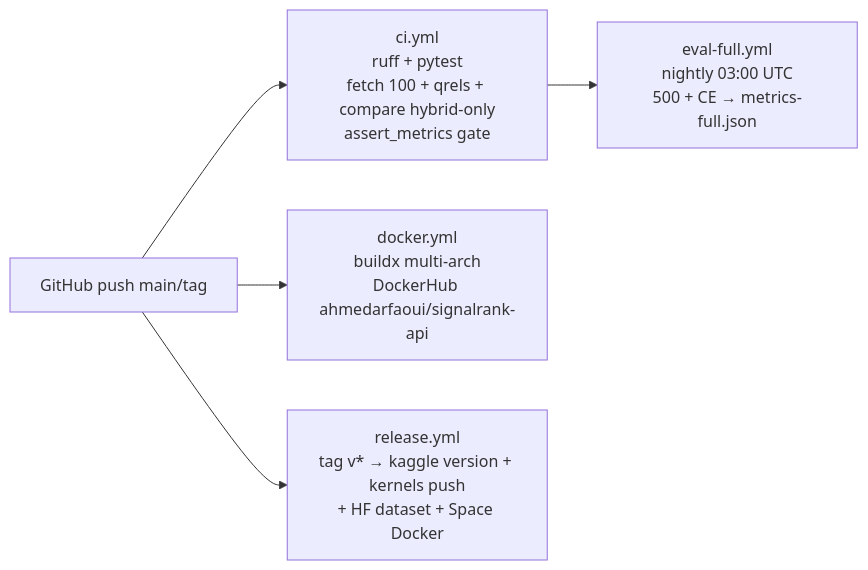
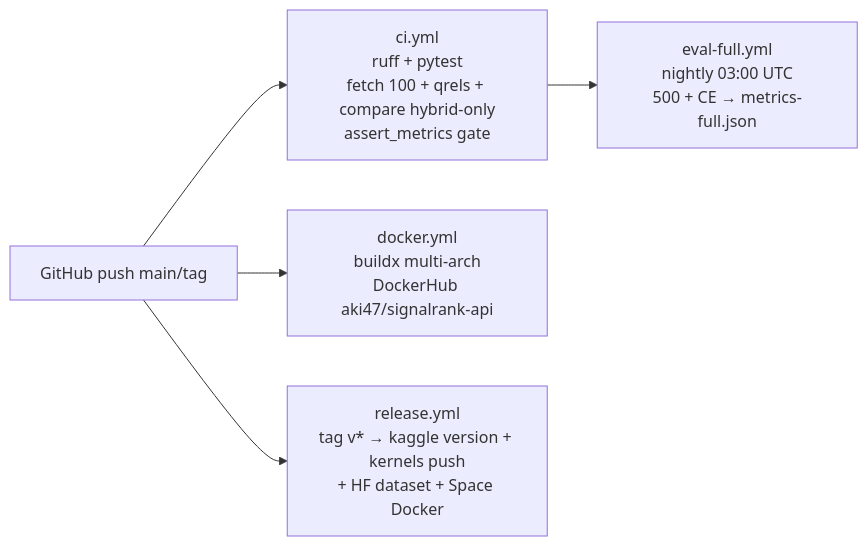
One commit to arfaouiahmed1/signalrank changed the second of 2 diagrams in README.md. Above: the diagram before and after it, drawn with Mermaid. The commit also changed other lines of this file and 12 other files, not shown here.

Commit message:
fix: DockerHub aki47 + Kaggle ahmedarfaoui99 + HF ahmedarfaoui99 (correct usernames) + Plotly notebooks (02/03) + UI screenshots with real metrics (274/500) + README general→detailed update

````diff
--- a/README.md
+++ b/README.md
@@ -224,7 +228,7 @@
   ```mermaid
   flowchart LR
       GH[GitHub push main/tag] --> CI[ci.yml<br/>ruff + pytest<br/>fetch 100 + qrels + compare hybrid-only<br/>assert_metrics gate]
-      GH --> DOCKER[docker.yml<br/>buildx multi-arch<br/>DockerHub ahmedarfaoui/signalrank-api]
+      GH --> DOCKER[docker.yml<br/>buildx multi-arch<br/>DockerHub aki47/signalrank-api]
       CI --> EVAL[eval-full.yml<br/>nightly 03:00 UTC<br/>500 + CE → metrics-full.json]
       GH --> REL[release.yml<br/>tag v* → kaggle version + kernels push<br/>+ HF dataset + Space Docker]
-  ```
+   ```
````
